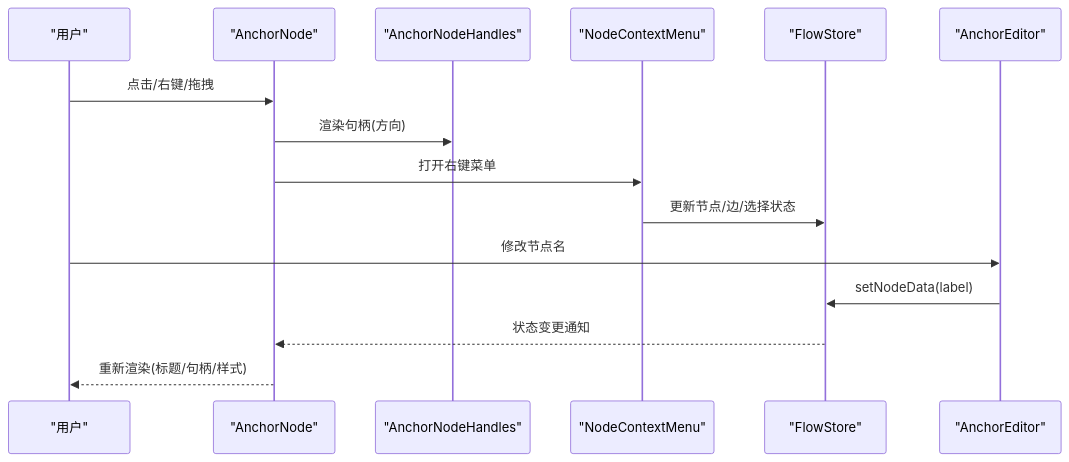
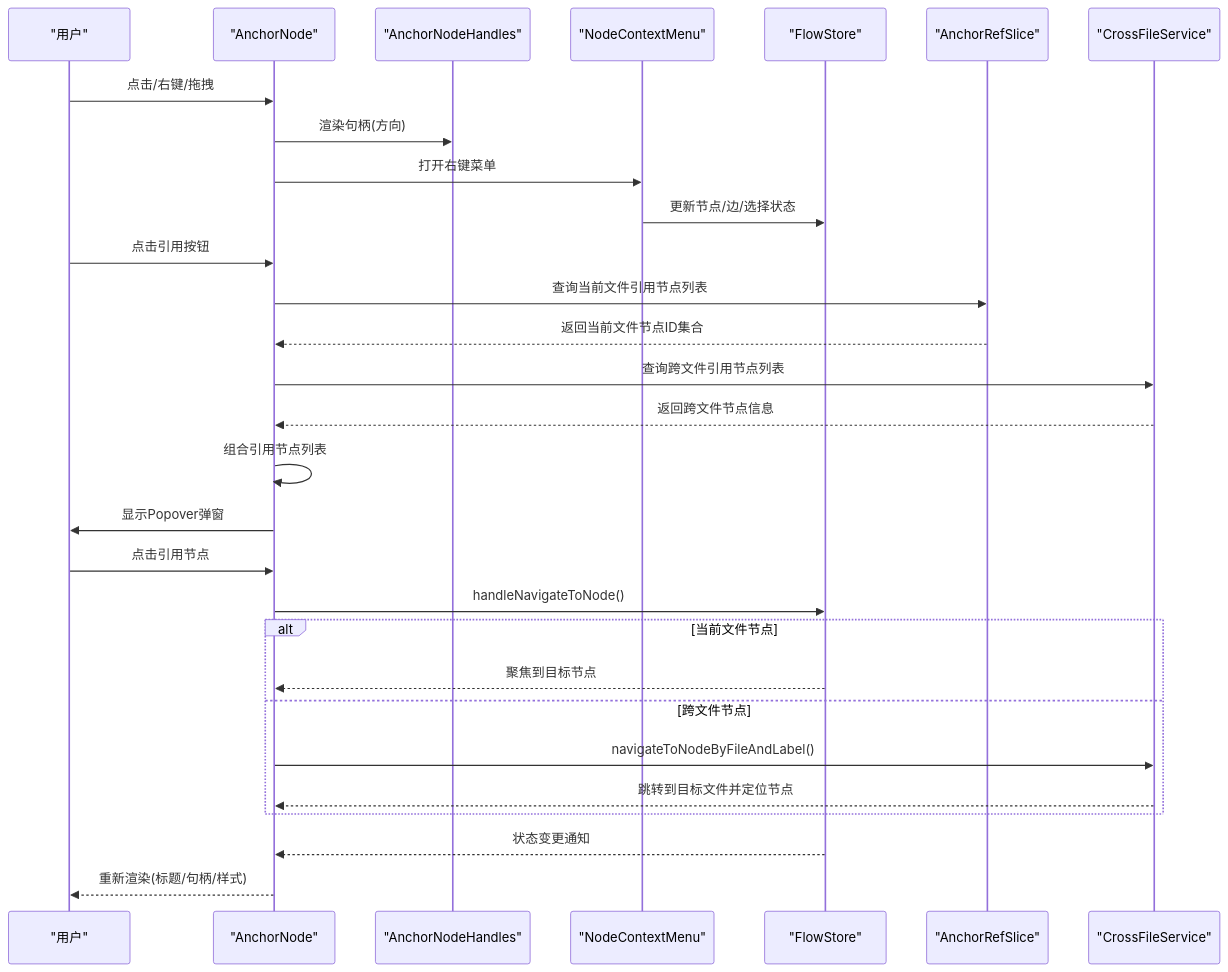
The second of 11 diagrams in .qoder/repowiki/zh/content/核心概念/节点系统/Anchor节点.md (kqcoxn/MaaPipelineEditor), drawn with Mermaid before and after one commit. The commit also changed other lines of this file and 19 other files, not shown here.

````diff
--- a/.qoder/repowiki/zh/content/核心概念/节点系统/Anchor节点.md
+++ b/.qoder/repowiki/zh/content/核心概念/节点系统/Anchor节点.md
@@ -111,17 +147,31 @@
 ```mermaid
 sequenceDiagram
 participant U as "用户"
 participant AN as "AnchorNode"
 participant NH as "AnchorNodeHandles"
 participant NC as "NodeContextMenu"
 participant FS as "FlowStore"
-participant AE as "AnchorEditor"
+participant ARS as "AnchorRefSlice"
+participant CF as "CrossFileService"
 U->>AN : 点击/右键/拖拽
 AN->>NH : 渲染句柄(方向)
 AN->>NC : 打开右键菜单
 NC->>FS : 更新节点/边/选择状态
-U->>AE : 修改节点名
-AE->>FS : setNodeData(label)
+U->>AN : 点击引用按钮
+AN->>ARS : 查询当前文件引用节点列表
+ARS-->>AN : 返回当前文件节点ID集合
+AN->>CF : 查询跨文件引用节点列表
+CF-->>AN : 返回跨文件节点信息
+AN->>AN : 组合引用节点列表
+AN->>U : 显示Popover弹窗
+U->>AN : 点击引用节点
+AN->>FS : handleNavigateToNode()
+alt 当前文件节点
+FS-->>AN : 聚焦到目标节点
+else 跨文件节点
+AN->>CF : navigateToNodeByFileAndLabel()
+CF-->>AN : 跳转到目标文件并定位节点
+end
 FS-->>AN : 状态变更通知
 AN-->>U : 重新渲染(标题/句柄/样式)
 ```
````
